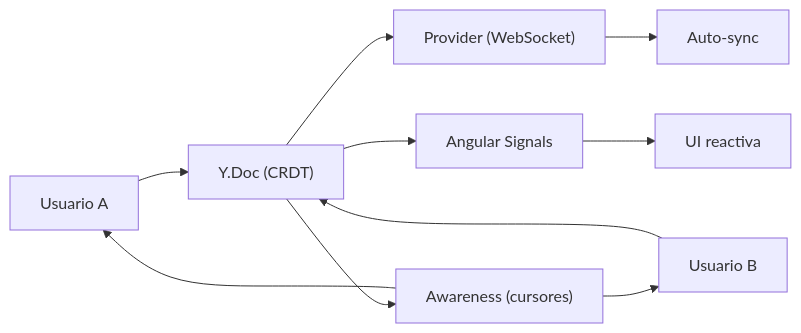
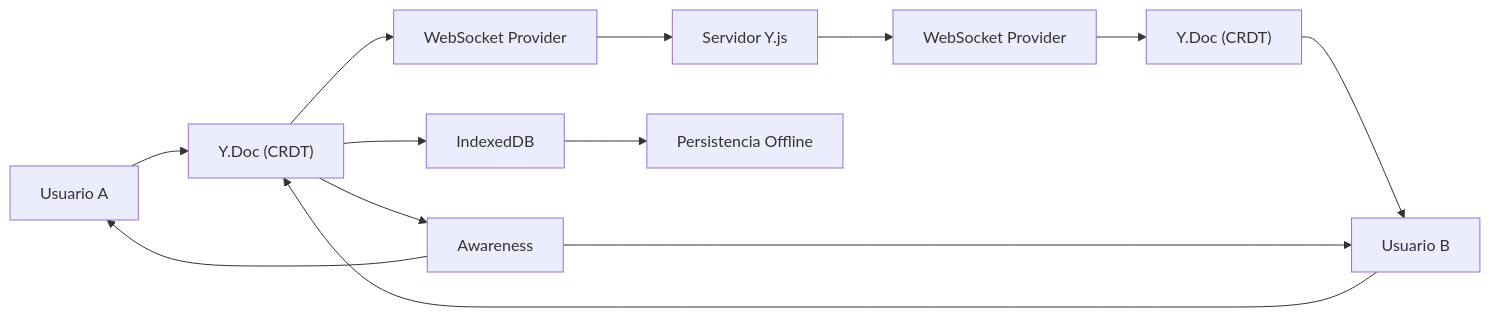
One commit to edgardo001/angular-mastery-roadmap changed the diagram in 55-real-time-collab/README.md. Above: the diagram before and after it, drawn with Mermaid. The commit also changed other lines of this file and 8 other files, not shown here.

````diff
--- a/55-real-time-collab/README.md
+++ b/55-real-time-collab/README.md
@@ -14,12 +11,15 @@
 ```mermaid
 flowchart LR
     U1["Usuario A"] --> YDOC["Y.Doc (CRDT)"]
     U2["Usuario B"] --> YDOC
-    YDOC --> PROV["Provider (WebSocket)"]
-    PROV --> SYNC["Auto-sync"]
-    YDOC --> AW["Awareness (cursores)"]
+    YDOC --> PROV["WebSocket Provider"]
+    PROV --> SERVER["Servidor Y.js"]
+    SERVER --> PROV2["WebSocket Provider"]
+    PROV2 --> YDOC2["Y.Doc (CRDT)"]
+    YDOC2 --> U2
+    YDOC --> AW["Awareness"]
     AW --> U1
     AW --> U2
-    YDOC --> SIG["Angular Signals"]
-    SIG --> UI["UI reactiva"]
+    YDOC --> DB["IndexedDB"]
+    DB --> OFFLINE["Persistencia Offline"]
 ```
````
